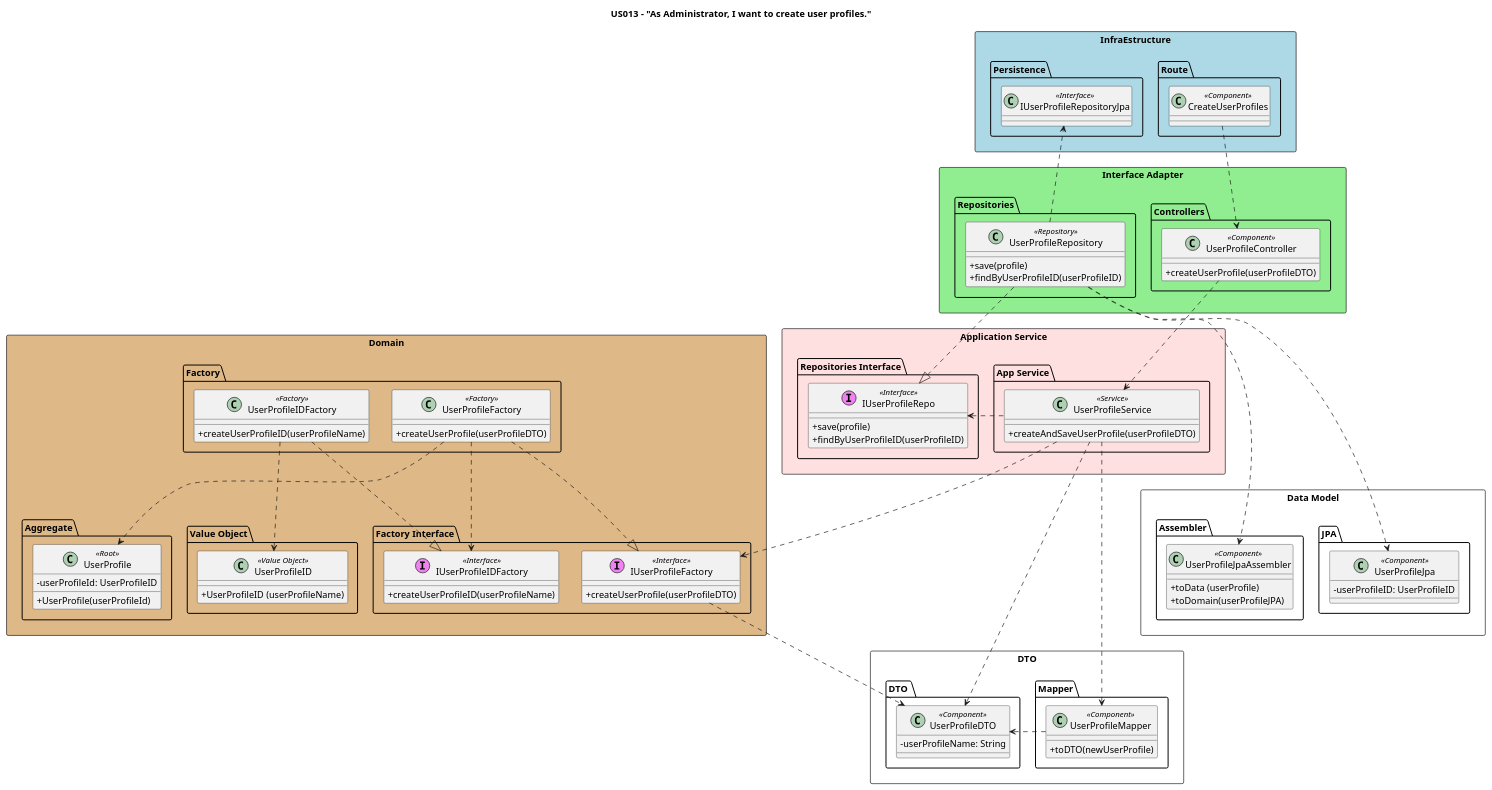
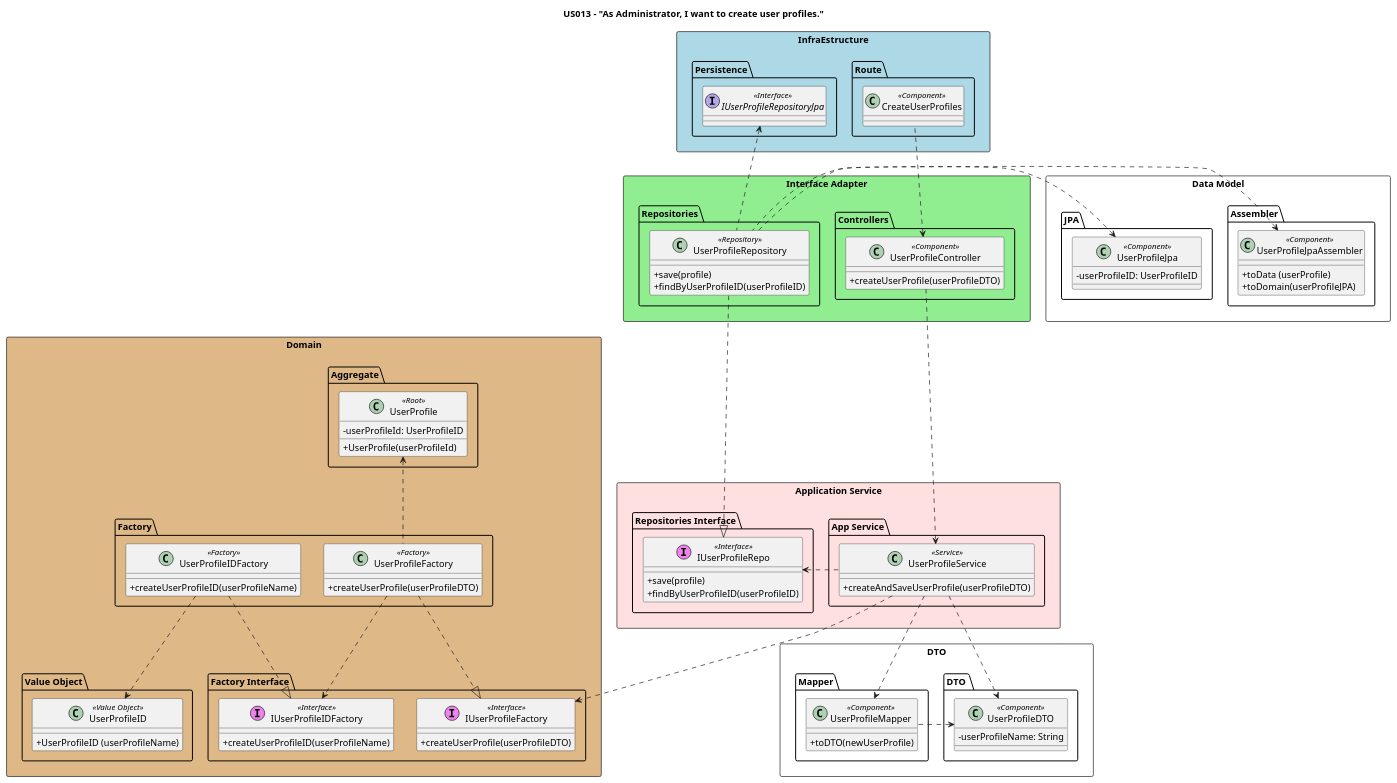
The diagram in docs/Sprint1/US013/US13-CD.puml (nunogon1211787/projectManagement), drawn with PlantUML before and after one commit. The commit also changed 2 other files, not shown here.

```diff
--- a/docs/Sprint1/US013/US13-CD.puml
+++ b/docs/Sprint1/US013/US13-CD.puml
@@ -1,143 +1,143 @@
 @startuml
 
 skinparam classAttributeIconSize 0
 
 title US013 - "As Administrator, I want to create user profiles."
 
 package "InfraEstructure" <<Rectangle>> #lightblue {
 package "Route"{
     class "CreateUserProfiles" as route <<Component>>
     }
 
     package "Persistence" {
-    class "IUserProfileRepositoryJpa" as jpa <<Interface>>
+    interface "IUserProfileRepositoryJpa" as jpa <<Interface>>
     }
 }
 
 
 
 package "Interface Adapter" <<Rectangle>> #lightgreen{
 package "Controllers" <<Folder>>{
+
     class "UserProfileController" as ctrl <<Component>>{
      +createUserProfile(userProfileDTO)
     }
     }
 
 
     package "Repositories" <<Folder>>{
     class "UserProfileRepository" as uRepo <<Repository>>{
     +save(profile)
     +findByUserProfileID(userProfileID)
 
     }
 }
 }
 
 package "DTO" <<Rectangle>>  {
 
 package "DTO " {
     class "UserProfileDTO" as dto <<Component>> {
     -userProfileName: String
     }
 }
 
 
 package "Mapper"{
     class "UserProfileMapper" as mapper <<Component>> {
     +toDTO(newUserProfile)
     }
 }
 
 }
 
 
 
 
 package "Application Service"<<Rectangle>> #implementation {
     package "App Service" {
         class "UserProfileService" as service <<Service>>{
         +createAndSaveUserProfile(userProfileDTO)
         }
     }
     package "Repositories Interface" {
         class "IUserProfileRepo" as iUserProfileRepo <<(I, Violet) Interface>> {
              +save(profile)
              +findByUserProfileID(userProfileID)
         }
 
     }
 
 
 }
 
 package "Domain" <<Rectangle>>#burlywood  {
     package "Factory" {
         class "UserProfileFactory" as userProfileFactory <<Factory>> {
         +createUserProfile(userProfileDTO)
         }
 
         class "UserProfileIDFactory" as userProfileIDFactory <<Factory>> {
         +createUserProfileID(userProfileName)
         }
 
     }
 
       package "Factory Interface" as factoryInterface <<Folder>>{
 
           class "IUserProfileIDFactory" as iUserProfileIDFactory <<(I, Violet) Interface>> {
                 +createUserProfileID(userProfileName)
                 }
 
           class "IUserProfileFactory" as iUserProfileFactory <<(I, Violet) Interface>> {
                  +createUserProfile(userProfileDTO)
                  }
       }
 
 
     package "Aggregate" {
         class "UserProfile" as userProfile <<Root>>{
          -userProfileId: UserProfileID
          +UserProfile(userProfileId)
         }
     }
     package "Value Object"  {
         class "UserProfileID" as userProfileID <<Value Object>>{
         +UserProfileID (userProfileName)
         }
     }
 }
 
     package "Data Model" <<Rectangle>>{
     package "Assembler" <<Folder>> {
         class "UserProfileJpaAssembler" as assemblerjpa <<Component>> {
         +toData (userProfile)
         +toDomain(userProfileJPA)
         }
      }
 
 
     package "JPA" <<Folder>> {
         class "UserProfileJpa" as UPjpa <<Component>> {
         -userProfileID: UserProfileID
         }
 
-route ..> ctrl
-ctrl ..> service
-uRepo ..|> iUserProfileRepo
+route ..up.> ctrl
+ctrl .d.> service
+uRepo ..d.|> iUserProfileRepo
 service .left.> iUserProfileRepo
 service ..> iUserProfileFactory
-service ...right.> dto
+service .d.> dto
 service .down.> mapper
 userProfileFactory ..down|> iUserProfileFactory
 userProfileIDFactory ..down|> iUserProfileIDFactory
 userProfileFactory ..down> iUserProfileIDFactory
-userProfileFactory ..down> userProfile
+userProfileFactory ..up> userProfile
 userProfileIDFactory ..down> userProfileID
-uRepo ...> assemblerjpa
-uRepo ...> UPjpa
-iUserProfileFactory..>dto
-mapper .right..> dto
-uRepo ..>jpa
+uRepo ..l.> assemblerjpa
+uRepo ..l.> UPjpa
+mapper ..l.> dto
+uRepo ..up.>jpa
 
 
 @enduml
```
